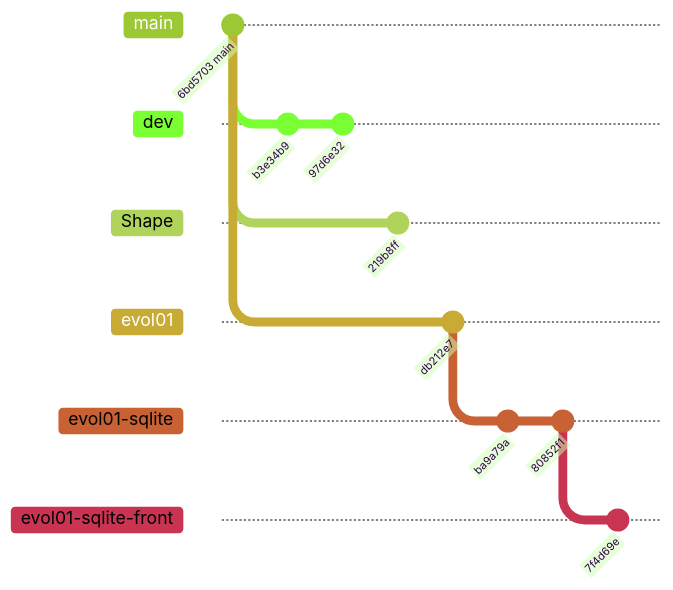
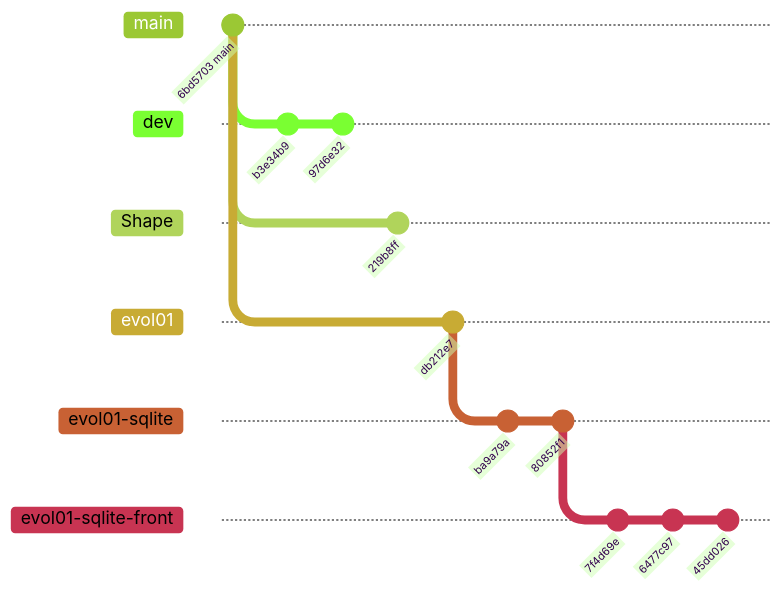
One commit to Raph8277/Workshop-MyAgents changed the diagram in docs/git/branch-topology.md. Above: the diagram before and after it, drawn with Mermaid (forest theme). The commit also changed other lines of this file, not shown here.

````diff
--- a/docs/git/branch-topology.md
+++ b/docs/git/branch-topology.md
@@ -19,27 +19,29 @@
 ```mermaid
 gitGraph
     commit id: "6bd5703 main"
     branch dev
     checkout dev
     commit id: "b3e34b9"
     commit id: "97d6e32"
 
     checkout main
     branch Shape
     checkout Shape
     commit id: "219b8ff"
 
     checkout main
     branch evol01
     checkout evol01
     commit id: "db212e7"
 
     branch evol01-sqlite
     checkout evol01-sqlite
     commit id: "ba9a79a"
     commit id: "80852f1"
 
     branch evol01-sqlite-front
     checkout evol01-sqlite-front
     commit id: "7f4d69e"
+    commit id: "6477c97"
+    commit id: "45dd026"
 ```
````
